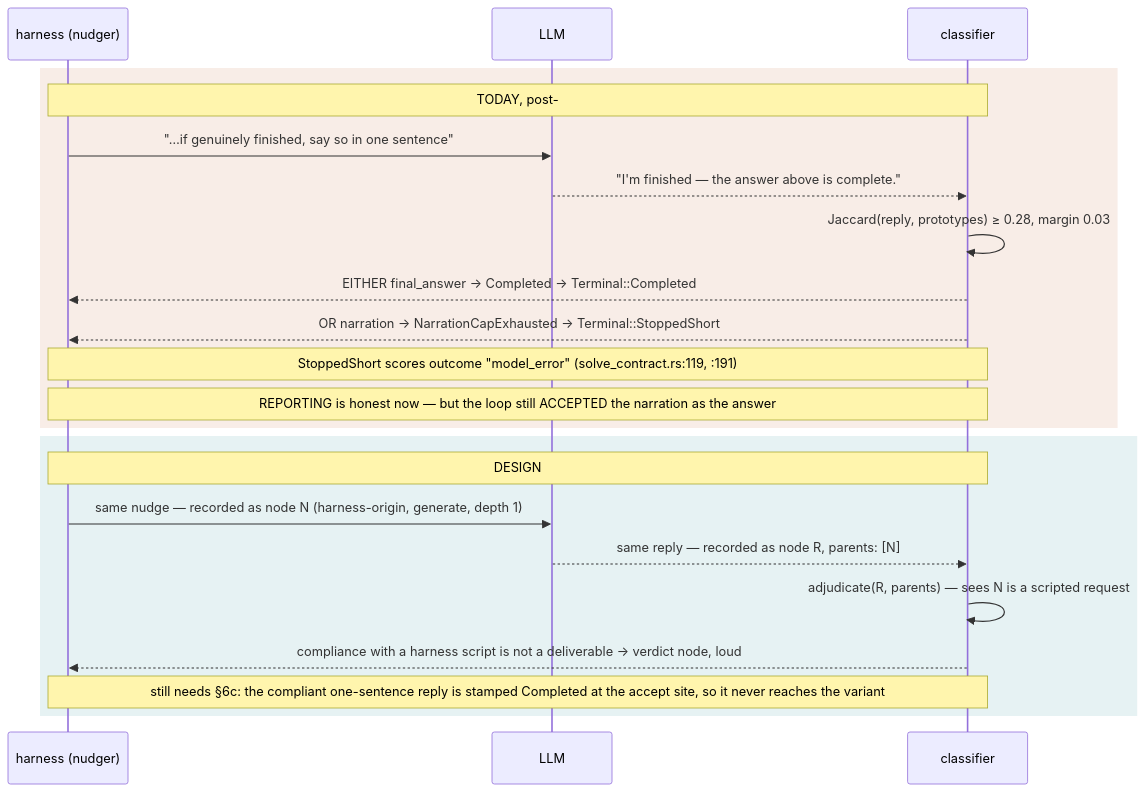
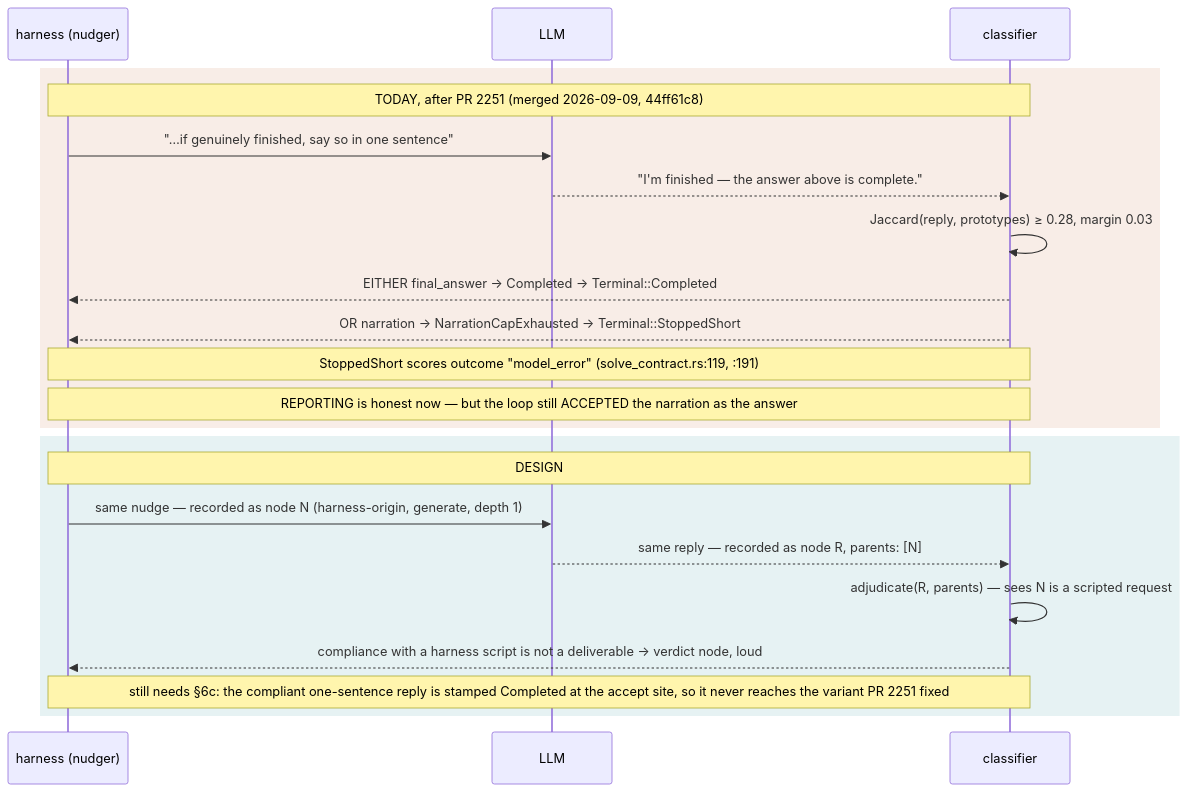
The fifth of 6 diagrams in docs/design/smart-harness.md (Gilamonster-Foundation/newt-agent), drawn with Mermaid before and after one commit. The commit also changed other lines of this file, not shown here.

````diff
--- a/docs/design/smart-harness.md
+++ b/docs/design/smart-harness.md
@@ -233,24 +299,24 @@
 ```mermaid
 sequenceDiagram
     participant H as harness (nudger)
     participant M as LLM
     participant K as classifier
     rect rgba(181,85,27,0.10)
-    Note over H,K: TODAY, post-#2251 (merged 2026-09-09, 44ff61c8)
+    Note over H,K: TODAY, after PR 2251 (merged 2026-09-09, 44ff61c8)
     H->>M: "…if genuinely finished, say so in one sentence"
     M-->>K: "I'm finished — the answer above is complete."
     K->>K: Jaccard(reply, prototypes) ≥ 0.28, margin 0.03
     K-->>H: EITHER final_answer → Completed → Terminal::Completed
     K-->>H: OR narration → NarrationCapExhausted → Terminal::StoppedShort
     Note over H,K: StoppedShort scores outcome "model_error" (solve_contract.rs:119, :191)
     Note over H,K: REPORTING is honest now — but the loop still ACCEPTED the narration as the answer
     end
     rect rgba(15,124,138,0.10)
     Note over H,K: DESIGN
     H->>M: same nudge — recorded as node N (harness-origin, generate, depth 1)
     M-->>K: same reply — recorded as node R, parents: [N]
     K->>K: adjudicate(R, parents) — sees N is a scripted request
     K-->>H: compliance with a harness script is not a deliverable → verdict node, loud
-    Note over H,K: still needs §6c: the compliant one-sentence reply is stamped Completed at the accept site, so it never reaches the variant #2251 fixed
+    Note over H,K: still needs §6c: the compliant one-sentence reply is stamped Completed at the accept site, so it never reaches the variant PR 2251 fixed
     end
 ```
````
